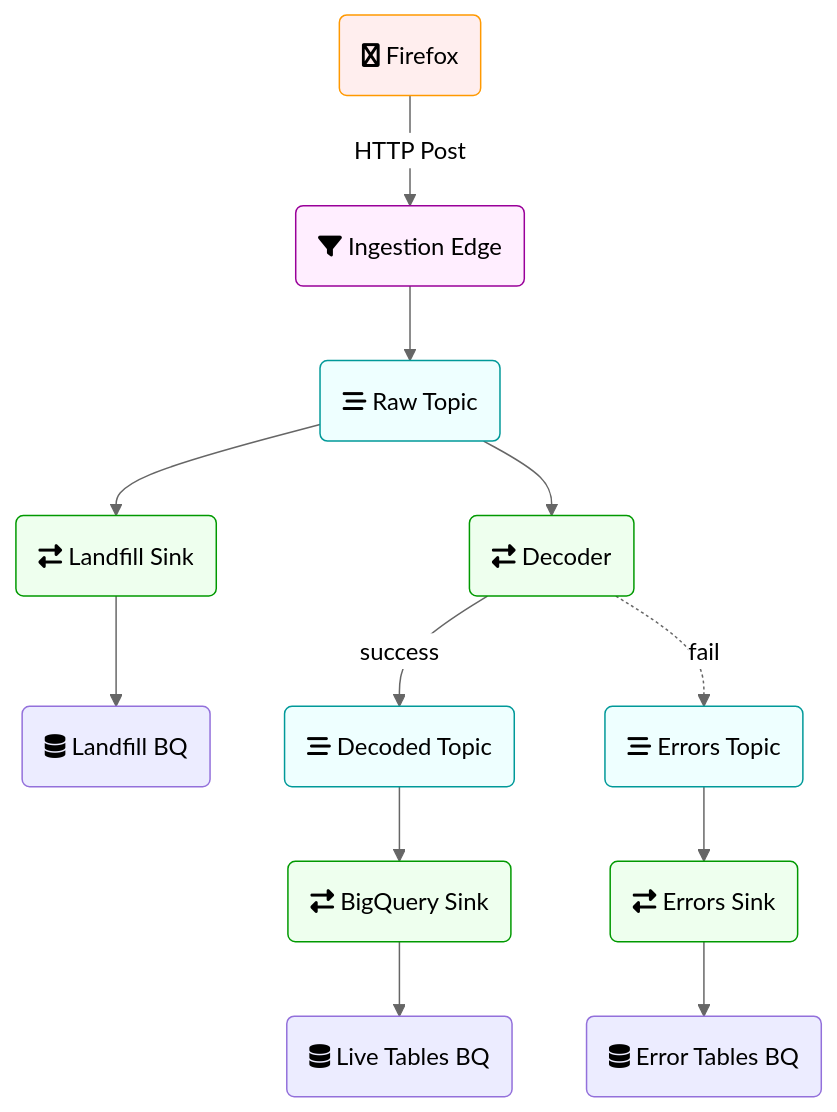
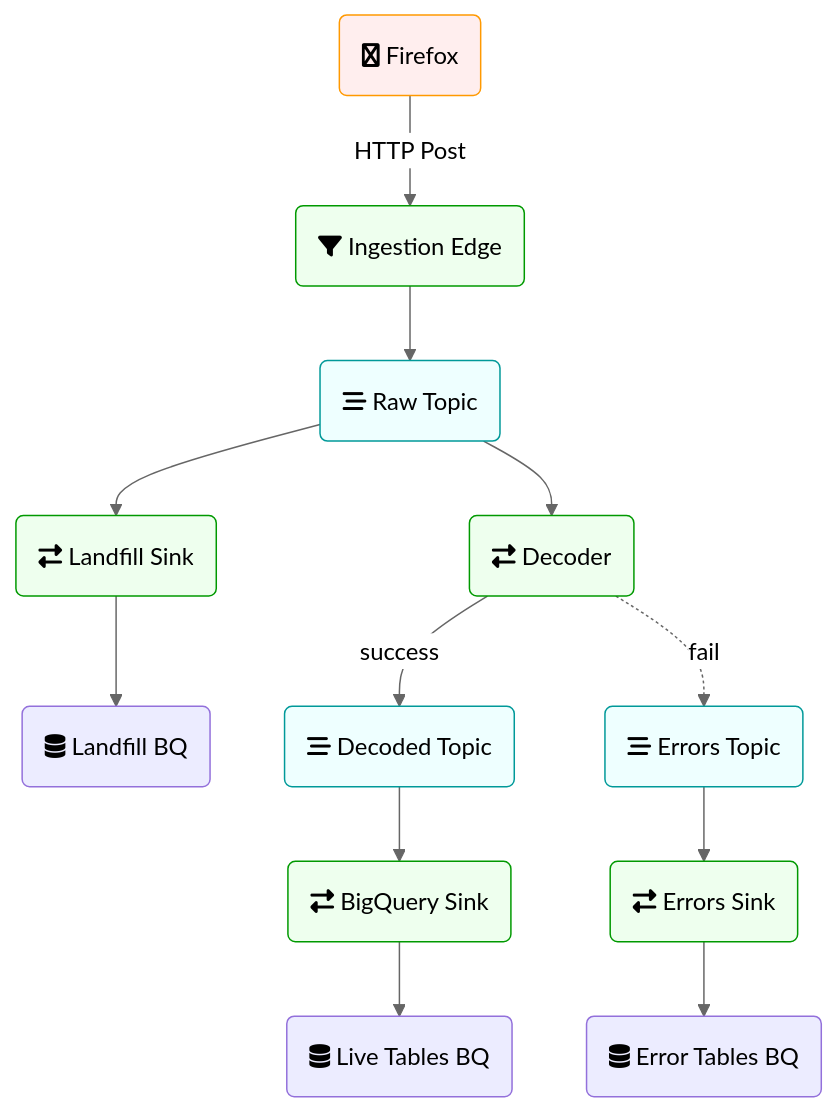
One commit to mozilla/data-docs changed the diagram in src/concepts/pipeline/gcp_data_pipeline.md. Above: the diagram before and after it, drawn with Mermaid (neutral theme). The commit also changed other lines of this file, not shown here.

````diff
--- a/src/concepts/pipeline/gcp_data_pipeline.md
+++ b/src/concepts/pipeline/gcp_data_pipeline.md
@@ -12,26 +12,24 @@
 ```mermaid
 graph TD
 
-f1(fa:fa-firefox Firefox) -->|HTTP Post| k1(fa:fa-filter Ingestion Edge)
-k1 --> p1(fa:fa-stream Raw Topic)
+f1(fa:fa-firefox Firefox) -->|HTTP Post| d0(fa:fa-filter Ingestion Edge)
+d0 --> p1(fa:fa-stream Raw Topic)
 p1 --> d1(fa:fa-exchange-alt Landfill Sink)
 d1 --> b1(fa:fa-database Landfill BQ)
 p1 --> d2(fa:fa-exchange-alt Decoder)
 d2 -->|success| p2(fa:fa-stream Decoded Topic)
 d2 -.->|fail| p3(fa:fa-stream Errors Topic)
 p3 --> d4(fa:fa-exchange-alt Errors Sink)
 p2 --> d3(fa:fa-exchange-alt BigQuery Sink)
 d3 --> b2(fa:fa-database Live Tables BQ)
 d4 --> b3(fa:fa-database Error Tables BQ)
 
 classDef pubsub fill:#eff,stroke:#099;
-classDef dataflow fill:#efe,stroke:#090;
-classDef kube fill:#fef,stroke:#909;
+classDef exec fill:#efe,stroke:#090;
 classDef producers fill:#fee,stroke:#f90;
 classDef bq fill:#ececff,stroke:#9370db;
 class p1,p2,p3 pubsub
-class d1,d2,d3,d4 dataflow
-class k1 kube
+class d0,d1,d2,d3,d4 exec
 class f1 producers
 class b1,b2,b3 bq
 ```
````
